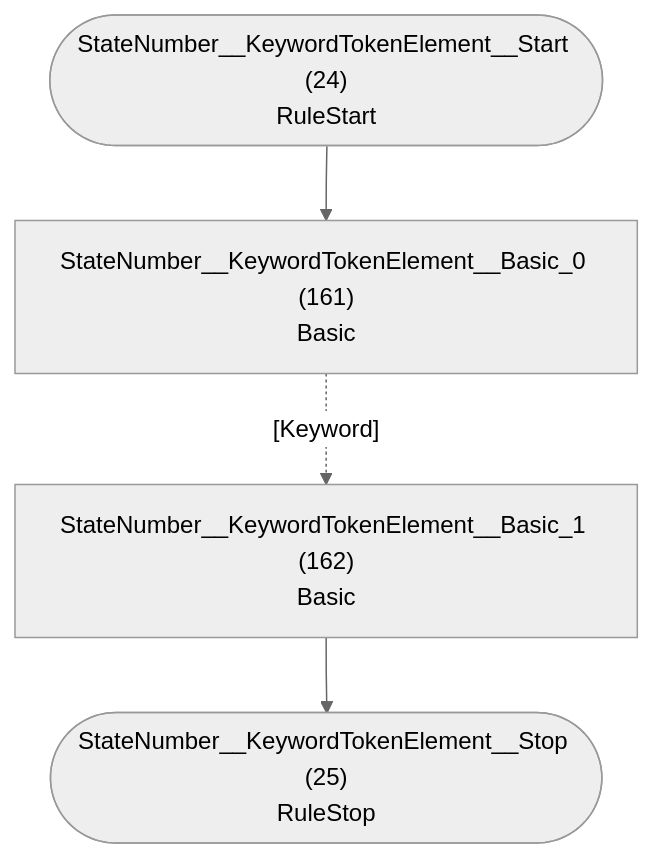
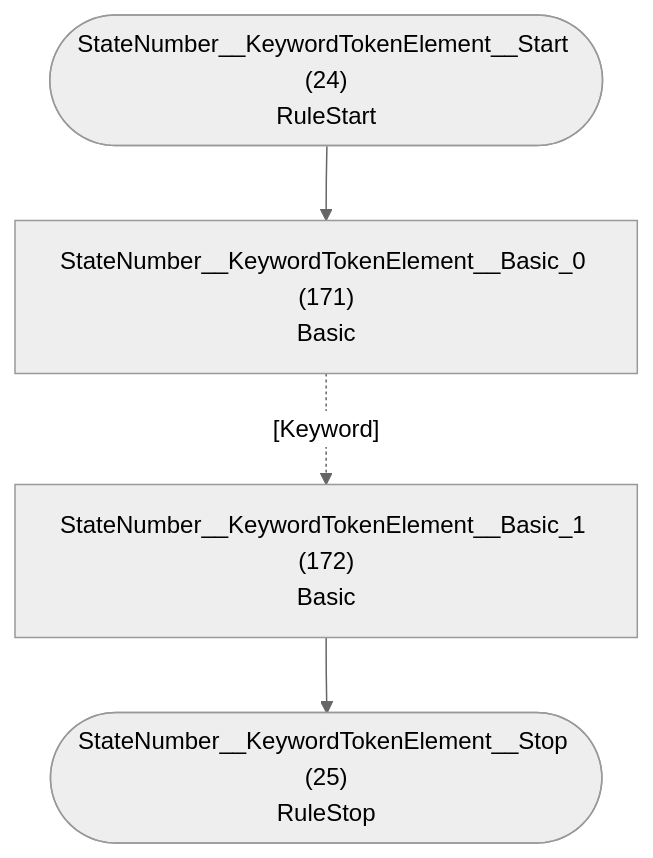
Diagram 13 of 33 in internal/grammar/atn.md (TypeFox/fastbelt), drawn with Mermaid (neutral theme) before and after one commit. The commit also changed other lines of this file and 6 other files, not shown here.

````diff
--- a/internal/grammar/atn.md
+++ b/internal/grammar/atn.md
@@ -338,11 +357,11 @@
 ```mermaid
 flowchart TD
     q24(["StateNumber__KeywordTokenElement__Start (24)<br/>RuleStart"])
     q25(["StateNumber__KeywordTokenElement__Stop (25)<br/>RuleStop"])
-    q161["StateNumber__KeywordTokenElement__Basic_0 (161)<br/>Basic<br/>"]
-    q162["StateNumber__KeywordTokenElement__Basic_1 (162)<br/>Basic<br/>"]
+    q171["StateNumber__KeywordTokenElement__Basic_0 (171)<br/>Basic<br/>"]
+    q172["StateNumber__KeywordTokenElement__Basic_1 (172)<br/>Basic<br/>"]
 
-    q24 --> q161
-    q161 -.->|"[Keyword]"| q162
-    q162 --> q25
+    q24 --> q171
+    q171 -.->|"[Keyword]"| q172
+    q172 --> q25
 ```
````
